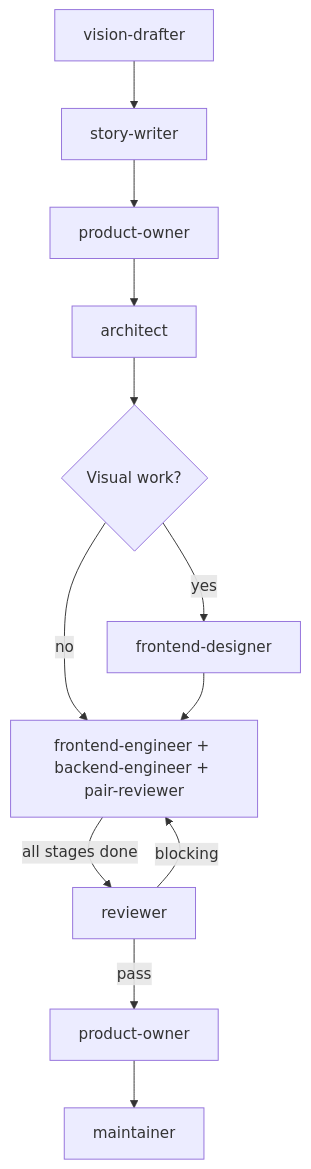
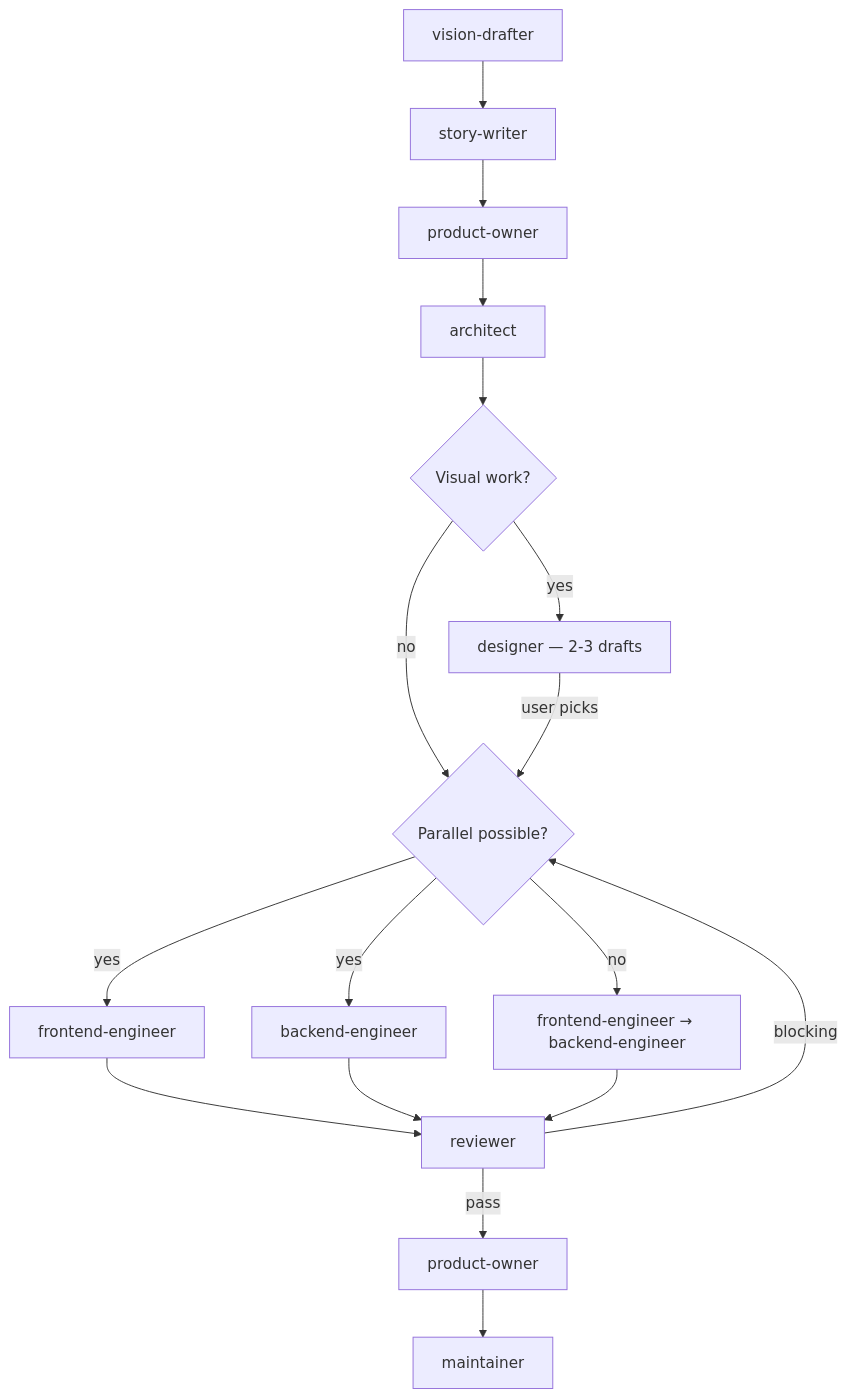
The diagram in .agents/skills/workflow/variants/full-stack.md (thiscantbeserious/ragts-learning-platform), drawn with Mermaid before and after one commit. The commit also changed other lines of this file and 20 other files, not shown here.

First line of the commit message:
chore(agents): remove implementer + pair-reviewer, rename frontend-designer to designer

````diff
--- a/.agents/skills/workflow/variants/full-stack.md
+++ b/.agents/skills/workflow/variants/full-stack.md
@@ -5,14 +5,18 @@
 ```mermaid
 graph TD
     VD[vision-drafter] --> SW[story-writer]
     SW --> PO1[product-owner]
     PO1 --> Arch[architect]
     Arch --> Des{Visual work?}
-    Des -->|yes| FD[frontend-designer]
+    Des -->|yes| D[designer — 2-3 drafts]
     Des -->|no| Impl
-    FD --> Impl[frontend-engineer + backend-engineer + pair-reviewer]
-    Impl -->|all stages done| Rev[reviewer]
+    D -->|user picks| Impl{Parallel possible?}
+    Impl -->|yes| FE[frontend-engineer] & BE[backend-engineer]
+    Impl -->|no| SEQ[frontend-engineer → backend-engineer]
+    FE --> Rev[reviewer]
+    BE --> Rev
+    SEQ --> Rev
     Rev -->|pass| PO2[product-owner]
     Rev -->|blocking| Impl
     PO2 --> M[maintainer]
 ```
````
